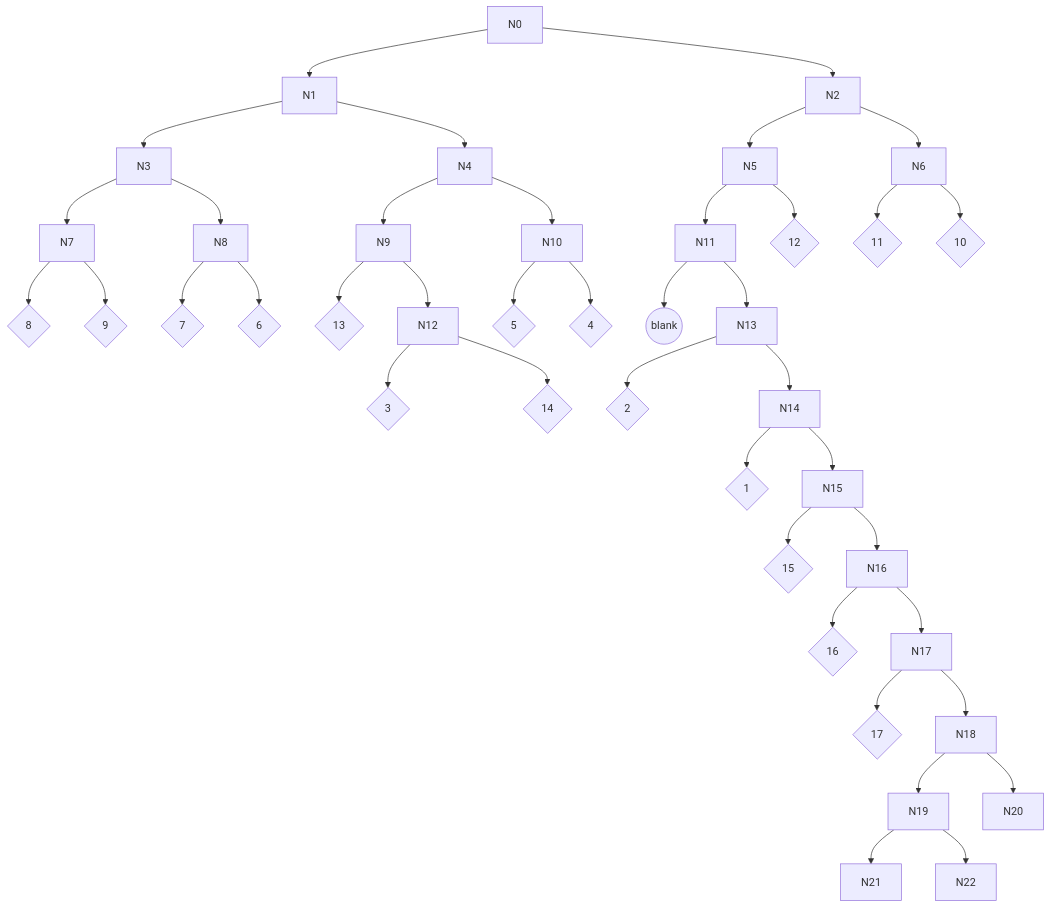
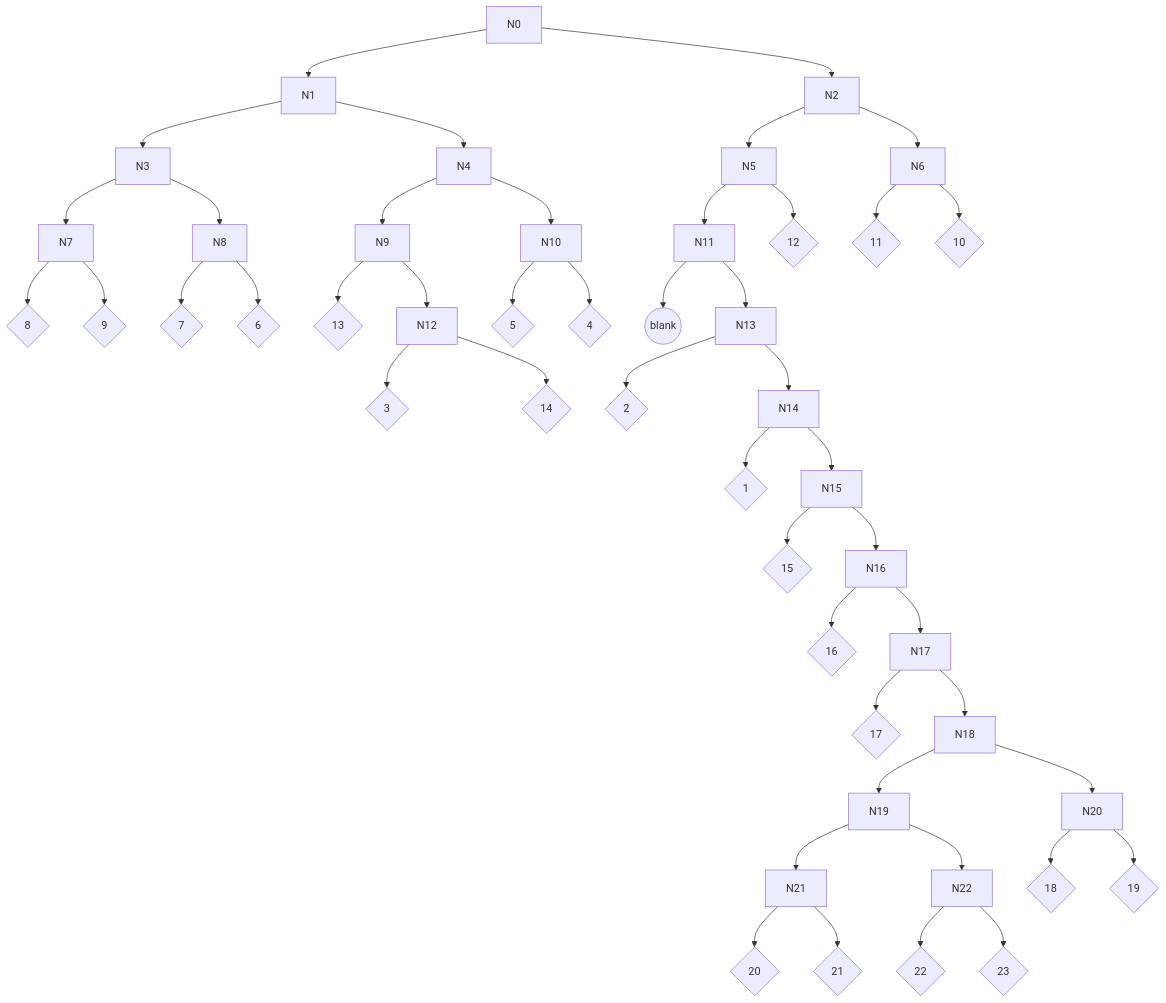
Before and after one commit to mtkimmins/LTSDM_hack: the diagram in a1800_huffman.md, drawn with Mermaid.

````diff
--- a/a1800_huffman.md
+++ b/a1800_huffman.md
@@ -25,44 +25,51 @@
 ```mermaid
 graph TD;
     N0-->N1
     N0-->N2
     N1-->N3
     N1-->N4
     N2-->N5
     N2-->N6
     N3-->N7
     N3-->N8
     N4-->N9
     N4-->N10
     N5-->N11
     N5-->L1{12}
     N6-->L2{11}
     N6-->L3{10}
     N7-->L4{8}
     N7-->L5{9}
     N8-->L6{7}
     N8-->L7{6}
     N9-->L8{13}
     N9-->N12
     N10-->L9{5}
     N10-->L10{4}
     N11-->B1((blank))
     N11-->N13
     N12-->L11{3}
     N12-->L12{14}
     N13-->L13{2}
     N13-->N14
     N14-->L14{1}
     N14-->N15
     N15-->L15{15}
     N15-->N16
     N16-->L16{16}
     N16-->N17
     N17-->L17{17}
     N17-->N18
     N18-->N19
     N18-->N20
     N19-->N21
     N19-->N22
+    N20-->L18{18}
+    N20-->L19{19}
+    N21-->L20{20}
+    N21-->L21{21}
+    N22-->L22{22}
+    N22-->L23{23}
+    
     
 ```
````
